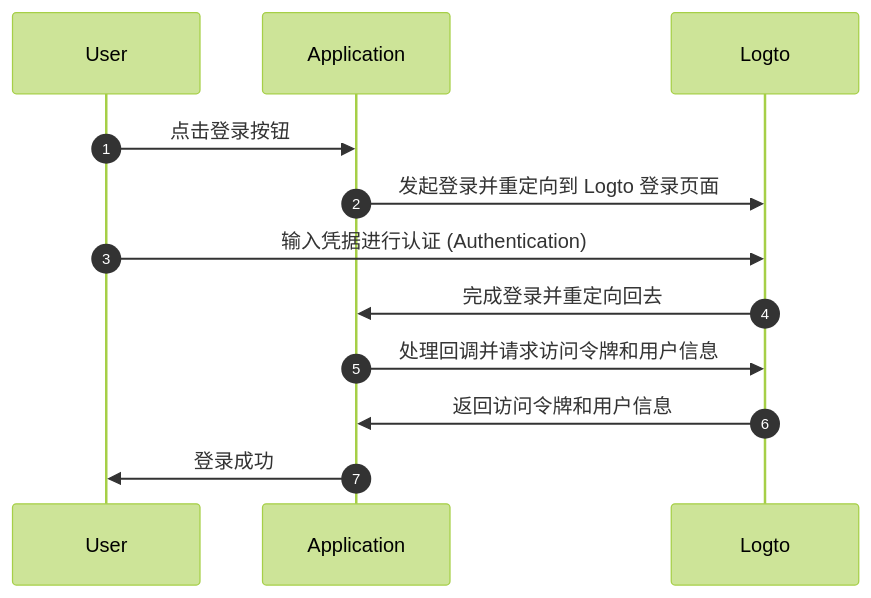
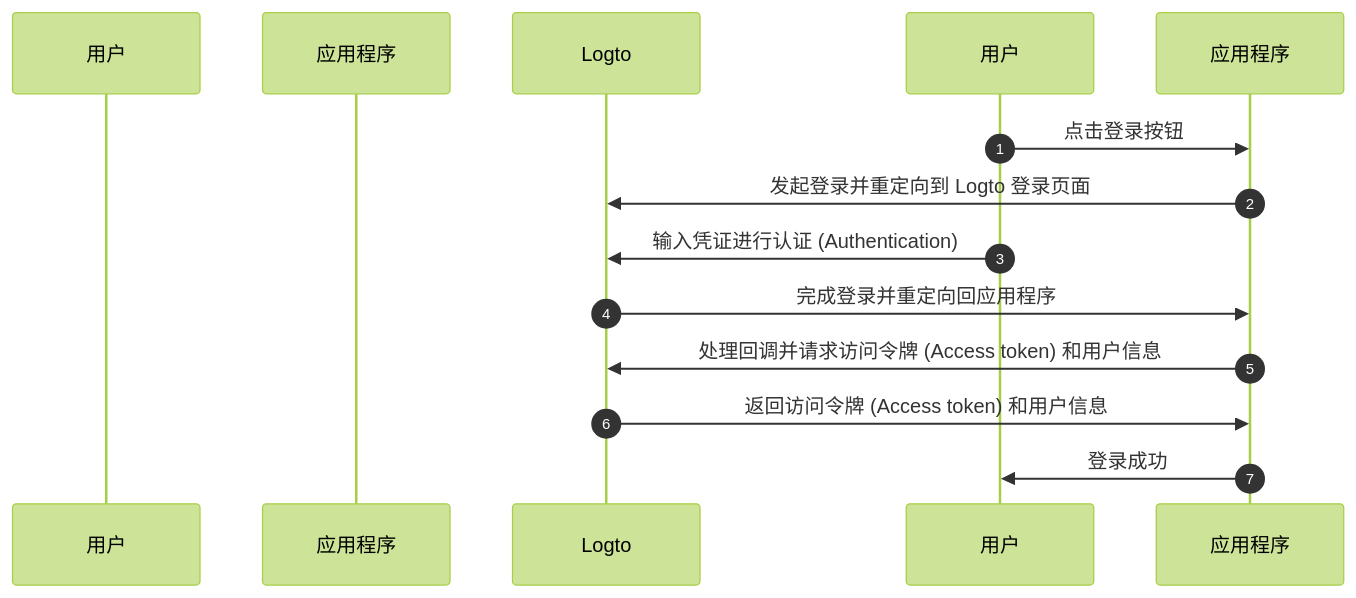
One commit to logto-io/docs changed the first of 4 diagrams in i18n/zh-CN/docusaurus-plugin-content-docs/current/integrate-logto/integrate-logto-into-your-application/understand-authentication-flow.mdx. Above: the diagram before and after it, drawn with Mermaid (forest theme). The commit also changed other lines of this file and 44 other files, not shown here.

````diff
--- a/i18n/zh-CN/docusaurus-plugin-content-docs/current/integrate-logto/integrate-logto-into-your-application/understand-authentication-flow.mdx
+++ b/i18n/zh-CN/docusaurus-plugin-content-docs/current/integrate-logto/integrate-logto-into-your-application/understand-authentication-flow.mdx
@@ -14,15 +14,15 @@
 ```mermaid
 sequenceDiagram
     autonumber
-    participant User
-    participant Application
+    participant User as 用户
+    participant Application as 应用程序
     participant Logto
 
-    User->>Application: 点击登录按钮
-    Application->>Logto: 发起登录并重定向到 Logto 登录页面
-    User->>Logto: 输入凭据进行认证 (Authentication)
-    Logto->>Application: 完成登录并重定向回去
-    Application->>Logto: 处理回调并请求访问令牌和用户信息
-    Logto->>Application: 返回访问令牌和用户信息
-    Application->>User: 登录成功
+    用户->>应用程序: 点击登录按钮
+    应用程序->>Logto: 发起登录并重定向到 Logto 登录页面
+    用户->>Logto: 输入凭证进行认证 (Authentication)
+    Logto->>应用程序: 完成登录并重定向回应用程序
+    应用程序->>Logto: 处理回调并请求访问令牌 (Access token) 和用户信息
+    Logto->>应用程序: 返回访问令牌 (Access token) 和用户信息
+    应用程序->>用户: 登录成功
 ```
````
